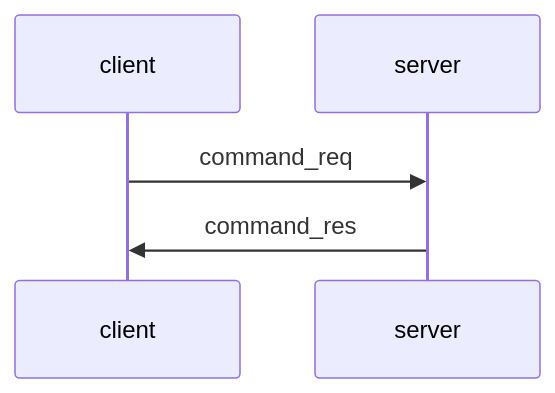
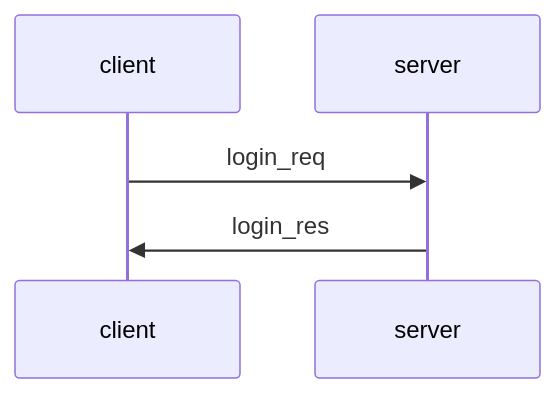
The diagram in README.md (zhihanC/simple-file-transfer-protocol), drawn with Mermaid before and after one commit.

Commit message:
Fixed handshake diagram

````diff
--- a/README.md
+++ b/README.md
@@ -53,5 +53,5 @@
 ```mermaid
 sequenceDiagram
-    client->>server: command_req
-    server->>client: command_res
+    client->>server: login_req
+    server->>client: login_res
 ```
````
